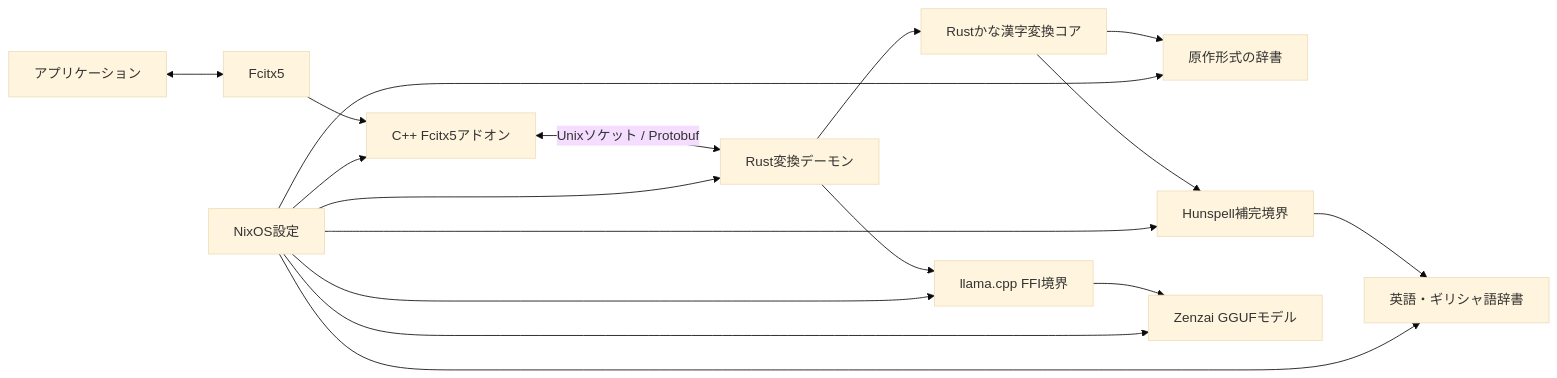
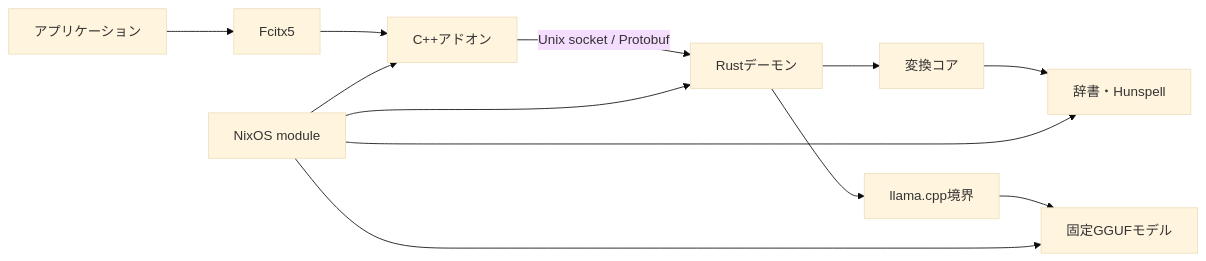
Before and after one commit to ph0ryn/beankey: the diagram in docs/architecture.md, drawn with Mermaid (base theme). The commit also changed other lines of this file and 4 other files, not shown here.

````diff
--- a/docs/architecture.md
+++ b/docs/architecture.md
@@ -48,31 +7,14 @@
 ```mermaid
 flowchart LR
-    app["アプリケーション"]
-    fcitx["Fcitx5"]
-    addon["C++ Fcitx5アドオン"]
-    daemon["Rust変換デーモン"]
-    core["Rustかな漢字変換コア"]
-    dictionary["原作形式の辞書"]
-    hunspell["Hunspell補完境界"]
-    foreignDictionary["英語・ギリシャ語辞書"]
-    llama["llama.cpp FFI境界"]
-    model["Zenzai GGUFモデル"]
-    nix["NixOS設定"]
-
-    app <--> fcitx
-    fcitx --> addon
-    addon <-->|"Unixソケット / Protobuf"| daemon
-    daemon --> core
-    daemon --> llama
-    core --> dictionary
-    core --> hunspell
-    hunspell --> foreignDictionary
-    llama --> model
-    nix --> addon
+    app["アプリケーション"] --> fcitx["Fcitx5"]
+    fcitx --> addon["C++アドオン"]
+    addon -->|"Unix socket / Protobuf"| daemon["Rustデーモン"]
+    daemon --> converter["変換コア"]
+    daemon --> llama["llama.cpp境界"]
+    converter --> dictionary["辞書・Hunspell"]
+    llama --> model["固定GGUFモデル"]
+    nix["NixOS module"] --> addon
     nix --> daemon
     nix --> dictionary
-    nix --> hunspell
-    nix --> foreignDictionary
-    nix --> llama
     nix --> model
 ```
````
